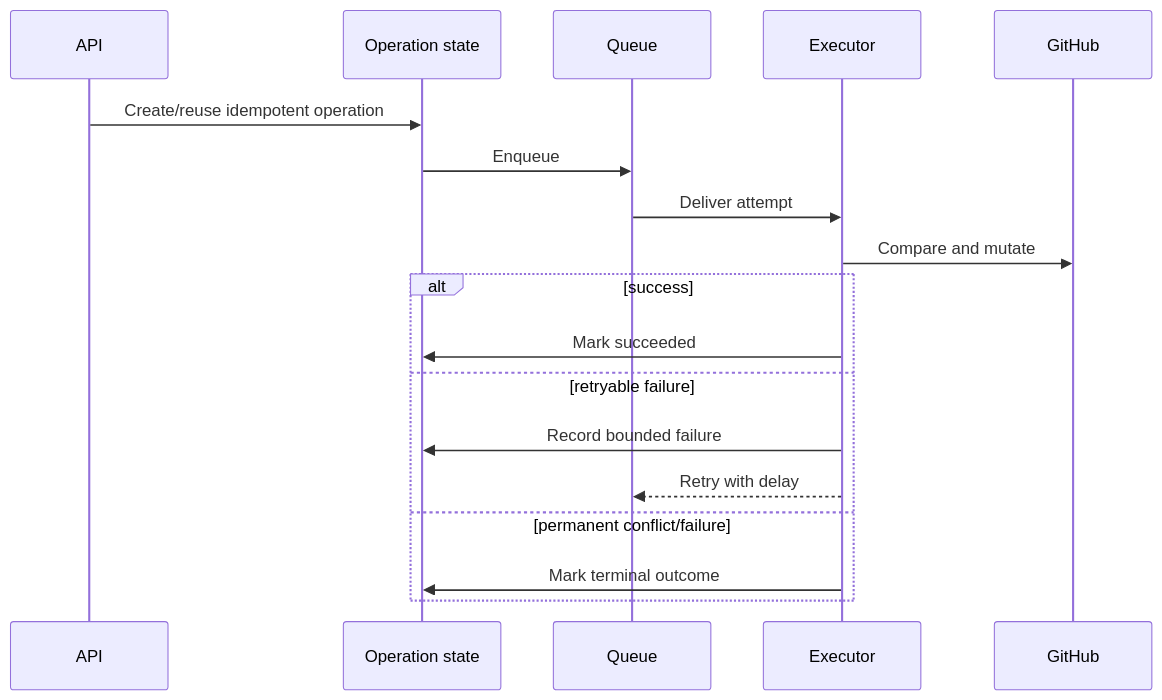
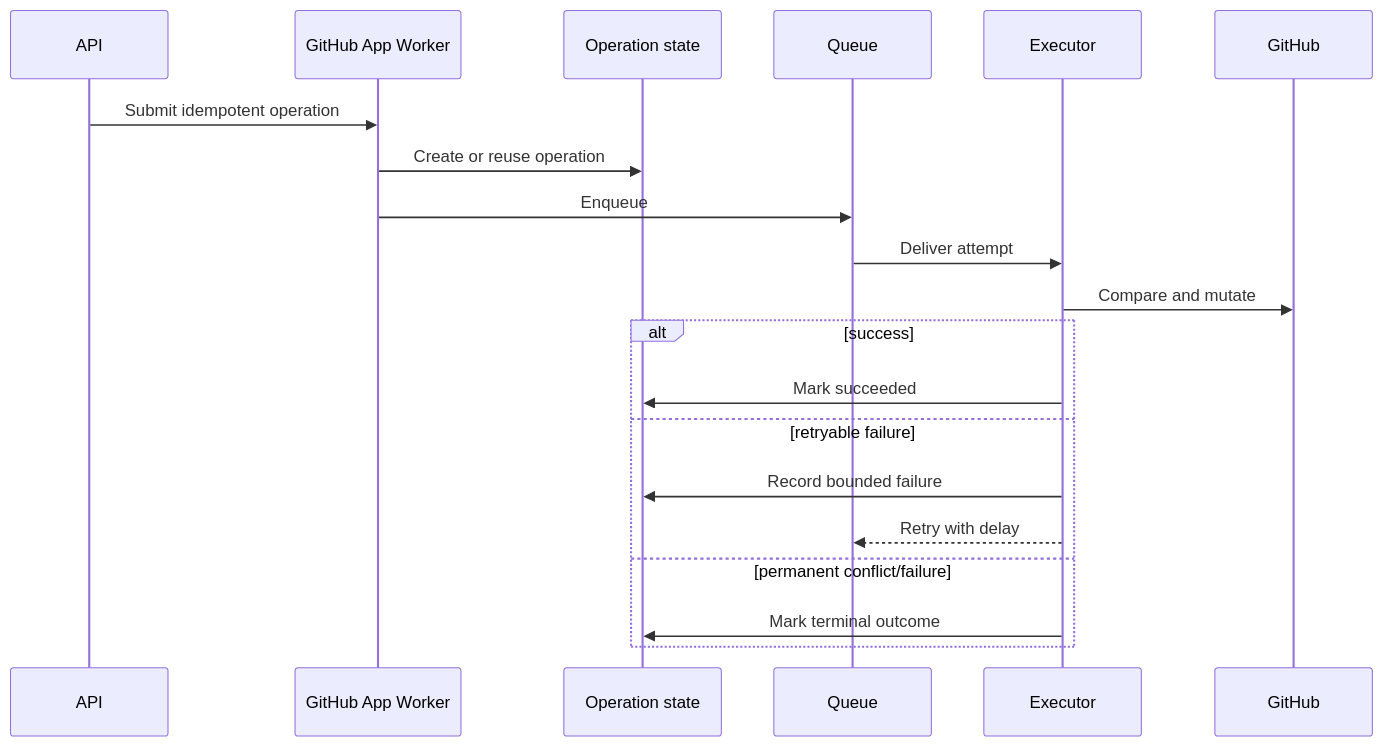
Before and after one commit to shamilaw-sci/CSC3213_20_Group_B: the second of 2 diagrams in docs/OPERATIONS.md, drawn with Mermaid. The commit also changed other lines of this file and 9 other files, not shown here.

````diff
--- a/docs/OPERATIONS.md
+++ b/docs/OPERATIONS.md
@@ -146,21 +149,23 @@
 ```mermaid
 sequenceDiagram
   participant API
+  participant Worker as GitHub App Worker
   participant State as Operation state
   participant Queue
   participant Executor
   participant GitHub
 
-  API->>State: Create/reuse idempotent operation
-  State->>Queue: Enqueue
+  API->>Worker: Submit idempotent operation
+  Worker->>State: Create or reuse operation
+  Worker->>Queue: Enqueue
   Queue->>Executor: Deliver attempt
   Executor->>GitHub: Compare and mutate
   alt success
     Executor->>State: Mark succeeded
   else retryable failure
     Executor->>State: Record bounded failure
     Executor-->>Queue: Retry with delay
   else permanent conflict/failure
     Executor->>State: Mark terminal outcome
   end
 ```
````
